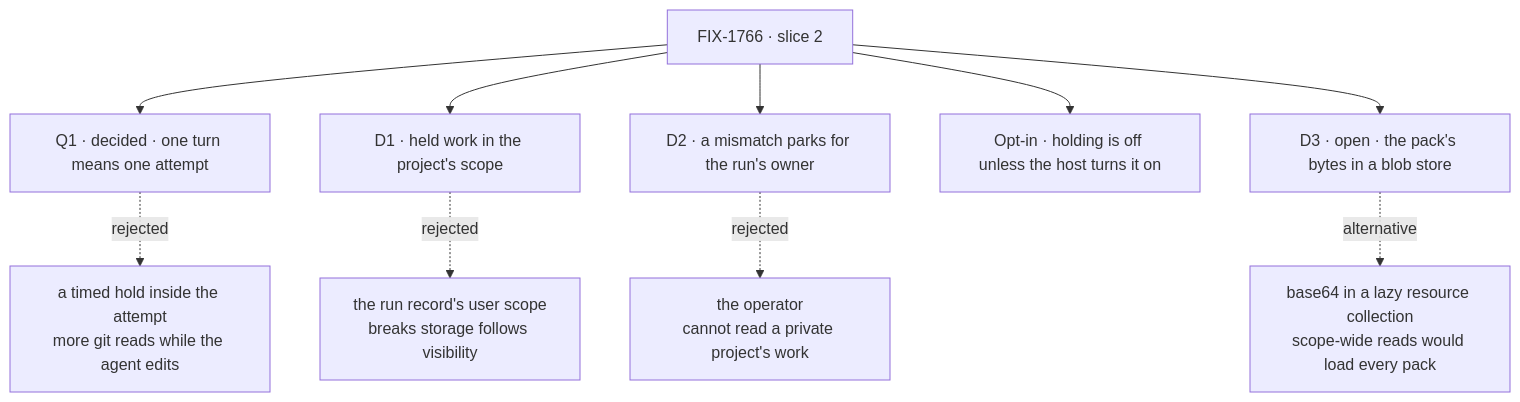
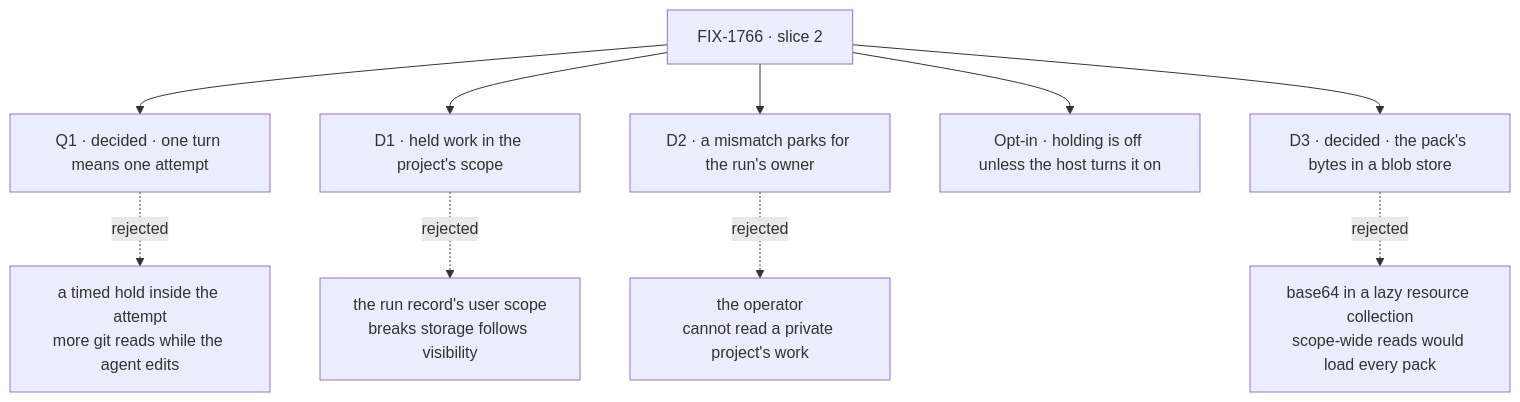
One commit to fixpoint-labs/flow-state-dev changed the diagram in specs/issues/FIX-1766/DECISIONS.md. Above: the diagram before and after it, drawn with Mermaid. The commit also changed other lines of this file and 6 other files, not shown here.

````diff
--- a/specs/issues/FIX-1766/DECISIONS.md
+++ b/specs/issues/FIX-1766/DECISIONS.md
@@ -13,12 +15,12 @@
 ```mermaid
 flowchart TD
   I["FIX-1766 · slice 2"] --> Q1["Q1 · decided · one turn means one attempt"]
   Q1 -.->|"rejected"| X0["a timed hold inside the attempt<br/>more git reads while the agent edits"]
   I --> D1["D1 · held work in the project's scope"]
   D1 -.->|"rejected"| X1["the run record's user scope<br/>breaks storage follows visibility"]
   I --> D2["D2 · a mismatch parks for the run's owner"]
   D2 -.->|"rejected"| X2["the operator<br/>cannot read a private project's work"]
   I --> OI["Opt-in · holding is off unless the host turns it on"]
-  I --> D3["D3 · open · the pack's bytes in a blob store"]
-  D3 -.->|"alternative"| X3["base64 in a lazy resource collection<br/>scope-wide reads would load every pack"]
+  I --> D3["D3 · decided · the pack's bytes in a blob store"]
+  D3 -.->|"rejected"| X3["base64 in a lazy resource collection<br/>scope-wide reads would load every pack"]
 ```
````
